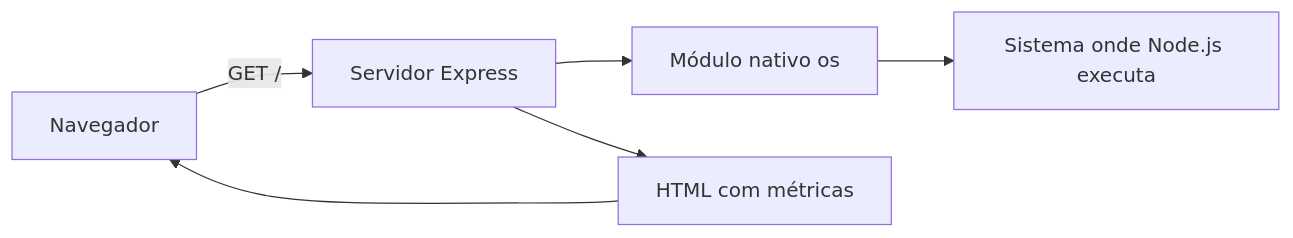
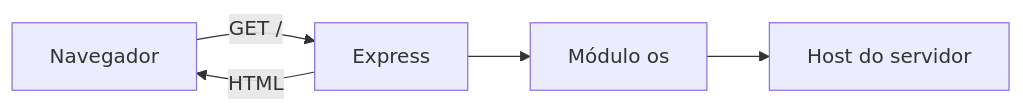
The diagram in README.md (theroven79-droid/SO-CLOUD-APP), drawn with Mermaid before and after one commit. The commit also changed other lines of this file, not shown here.

````diff
--- a/README.md
+++ b/README.md
@@ -100,8 +11,7 @@
 ```mermaid
 flowchart LR
-    A["Navegador"] -->|"GET /"| B["Servidor Express"]
-    B --> C["Módulo nativo os"]
-    C --> D["Sistema onde Node.js executa"]
-    B --> E["HTML com métricas"]
-    E --> A
+    A[Navegador] -->|GET /| B[Express]
+    B --> C[Módulo os]
+    C --> D[Host do servidor]
+    B -->|HTML| A
 ```
````
